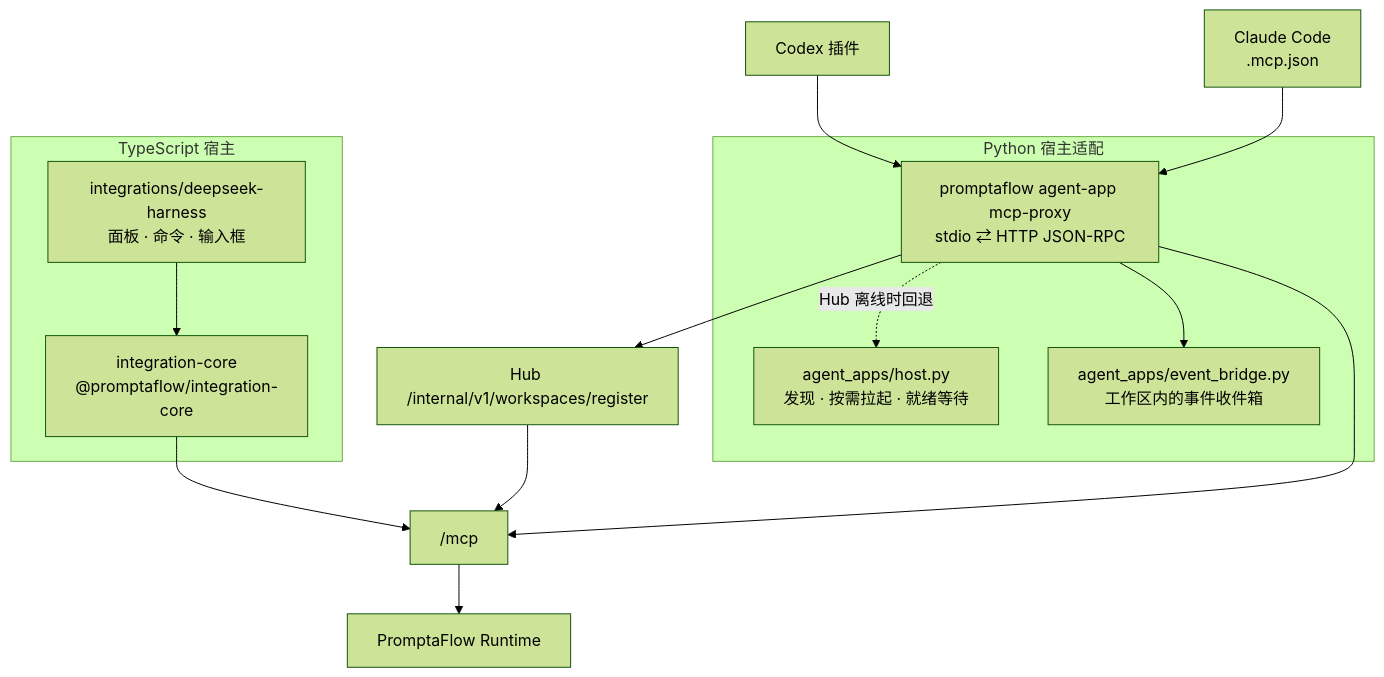
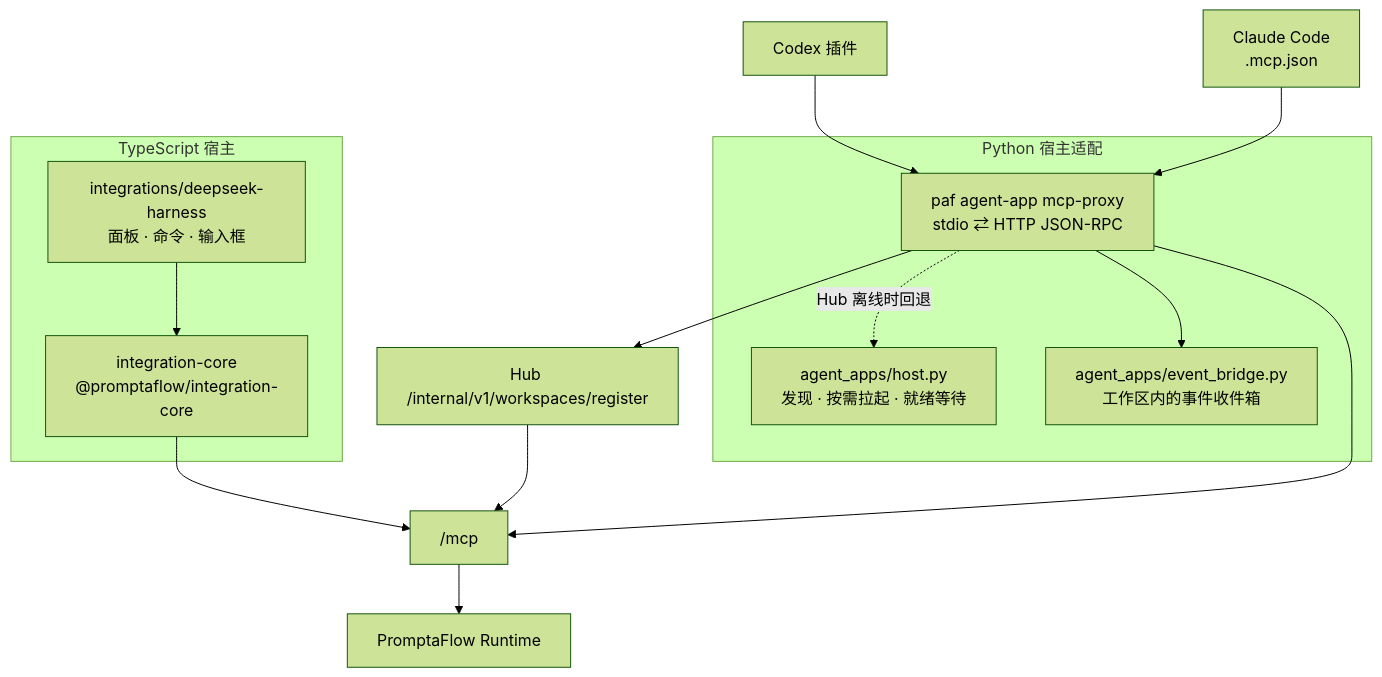
One commit to TNJ2026/orbit-runtime changed the sixth of 6 diagrams in docs/architecture.md. Above: the diagram before and after it, drawn with Mermaid (forest theme). The commit also changed other lines of this file and 43 other files, not shown here.

````diff
--- a/docs/architecture.md
+++ b/docs/architecture.md
@@ -387,24 +387,24 @@
 ```mermaid
 flowchart TB
     subgraph ts["TypeScript 宿主"]
         DSH["integrations/deepseek-harness<br/>面板 · 命令 · 输入框"]
         IC["integration-core<br/>@promptaflow/integration-core"]
         DSH --> IC
     end
 
     subgraph py["Python 宿主适配"]
-        PROXY["promptaflow agent-app mcp-proxy<br/>stdio ⇄ HTTP JSON-RPC"]
+        PROXY["paf agent-app mcp-proxy<br/>stdio ⇄ HTTP JSON-RPC"]
         HOSTM["agent_apps/host.py<br/>发现 · 按需拉起 · 就绪等待"]
         EB["agent_apps/event_bridge.py<br/>工作区内的事件收件箱"]
         PROXY -. Hub 离线时回退 .-> HOSTM
         PROXY --> EB
     end
 
     CODEX["Codex 插件"] --> PROXY
     CLAUDE["Claude Code<br/>.mcp.json"] --> PROXY
     IC --> HTTP["/mcp"]
     PROXY --> REGISTER["Hub /internal/v1/workspaces/register"]
     REGISTER --> HTTP
     PROXY --> HTTP
     HTTP --> RT["PromptaFlow Runtime"]
 ```
````
